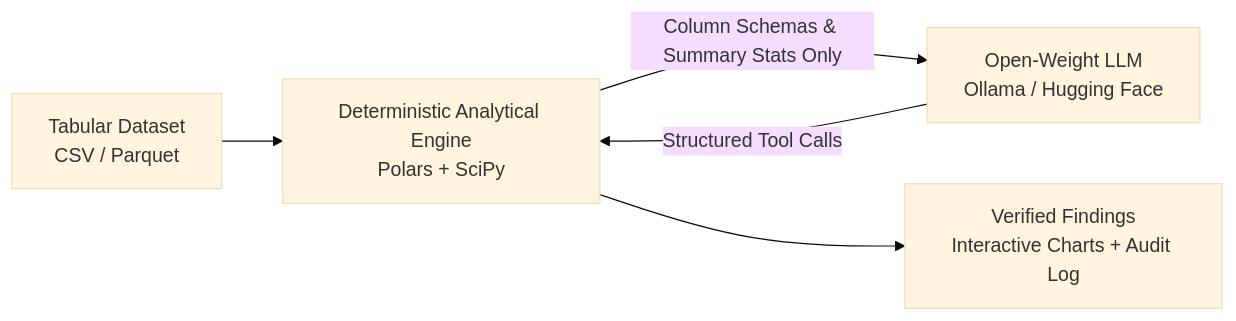
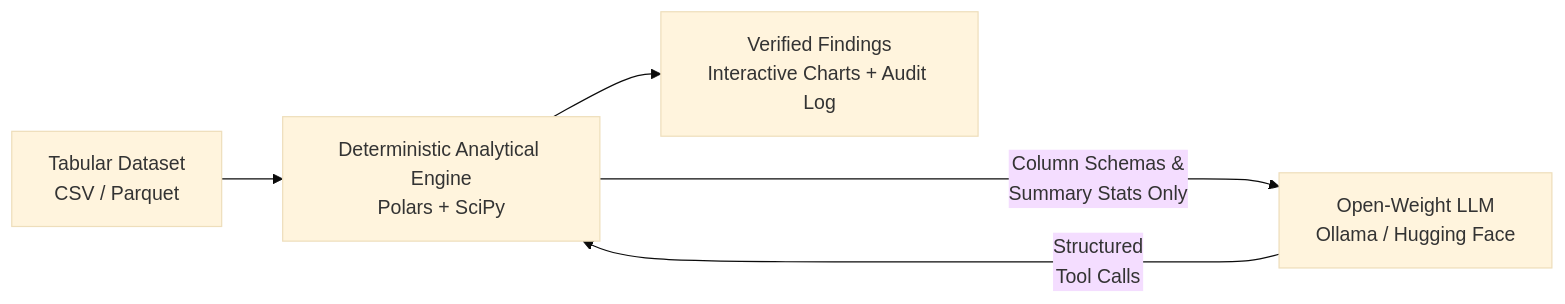
The diagram in README.md (OP-T4RUN/DataChef), drawn with Mermaid (base theme) before and after one commit.

Commit message:
fix architecture diagram readme

````diff
--- a/README.md
+++ b/README.md
@@ -63,7 +63,7 @@
 ```mermaid
 flowchart LR
     A[Tabular Dataset<br>CSV / Parquet] --> B[Deterministic Analytical Engine<br>Polars + SciPy]
-    B -->|Column Schemas & Summary Stats Only| C[Open-Weight LLM<br>Ollama / Hugging Face]
-    C -->|Structured Tool Calls| B
+    B ---->|"Column Schemas &<br>Summary Stats Only"| C[Open-Weight LLM<br>Ollama / Hugging Face]
+    C ---->|"Structured<br>Tool Calls"| B
     B --> D[Verified Findings<br>Interactive Charts + Audit Log]
 ```
````
